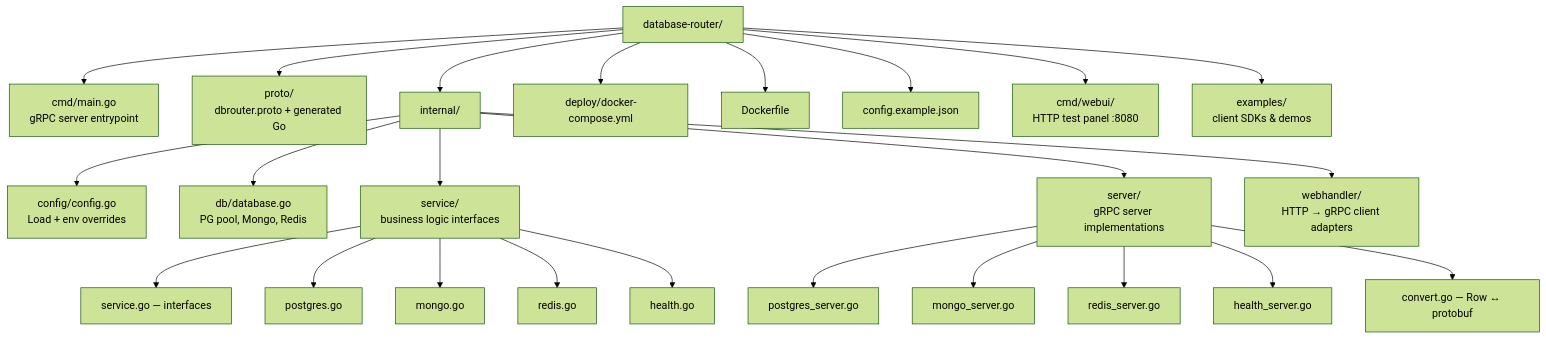
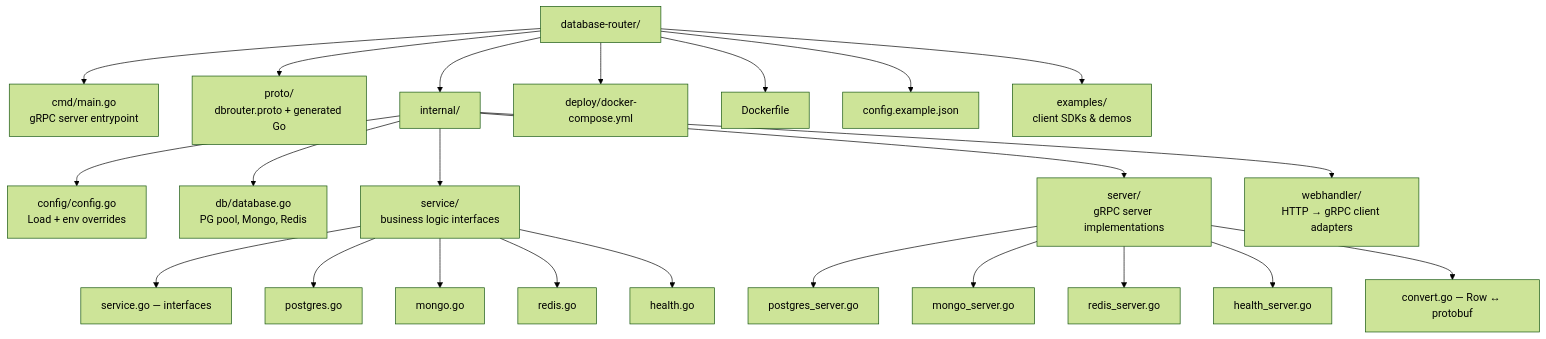
The second of 2 diagrams in README.md (Xeze-org/Database-Router), drawn with Mermaid (forest theme) before and after one commit. The commit also changed other lines of this file and 4 other files, not shown here.

````diff
--- a/README.md
+++ b/README.md
@@ -185,31 +185,30 @@
 ```mermaid
 flowchart TD
     root[database-router/]
     root --> cmd[cmd/main.go\ngRPC server entrypoint]
     root --> proto[proto/\ndbrouter.proto + generated Go]
     root --> internal[internal/]
     root --> deploy[deploy/docker-compose.yml]
     root --> dockerfile[Dockerfile]
     root --> config[config.example.json]
 
     internal --> cfg[config/config.go\nLoad + env overrides]
     internal --> db[db/database.go\nPG pool, Mongo, Redis]
     internal --> svc[service/\nbusiness logic interfaces]
     internal --> srv[server/\ngRPC server implementations]
     internal --> wh[webhandler/\nHTTP → gRPC client adapters]
 
     svc --> svc1[service.go — interfaces]
     svc --> svc2[postgres.go]
     svc --> svc3[mongo.go]
     svc --> svc4[redis.go]
     svc --> svc5[health.go]
 
     srv --> srv1[postgres_server.go]
     srv --> srv2[mongo_server.go]
     srv --> srv3[redis_server.go]
     srv --> srv4[health_server.go]
     srv --> srv5[convert.go — Row ↔ protobuf]
 
-    root --> webui[cmd/webui/\nHTTP test panel :8080]
     root --> examples[examples/\nclient SDKs & demos]
 ```
````
